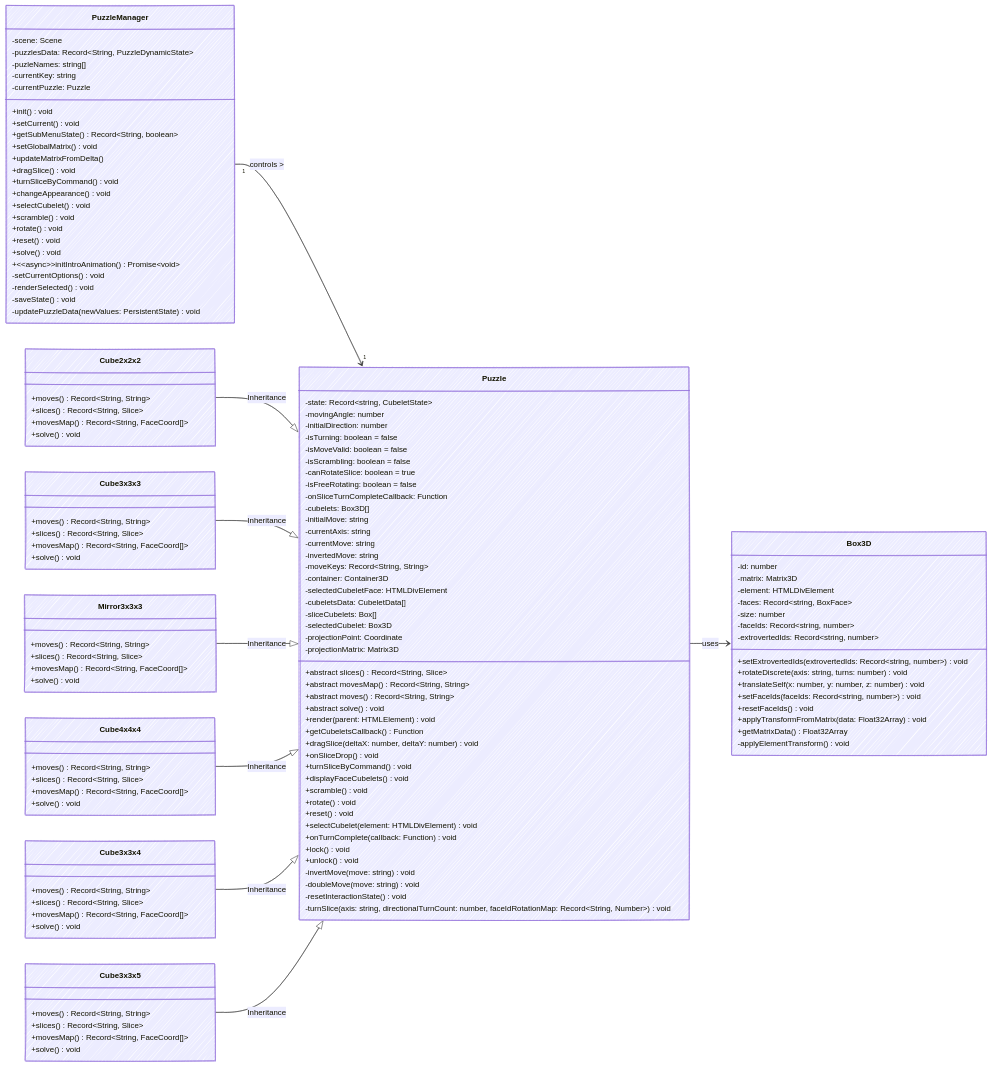
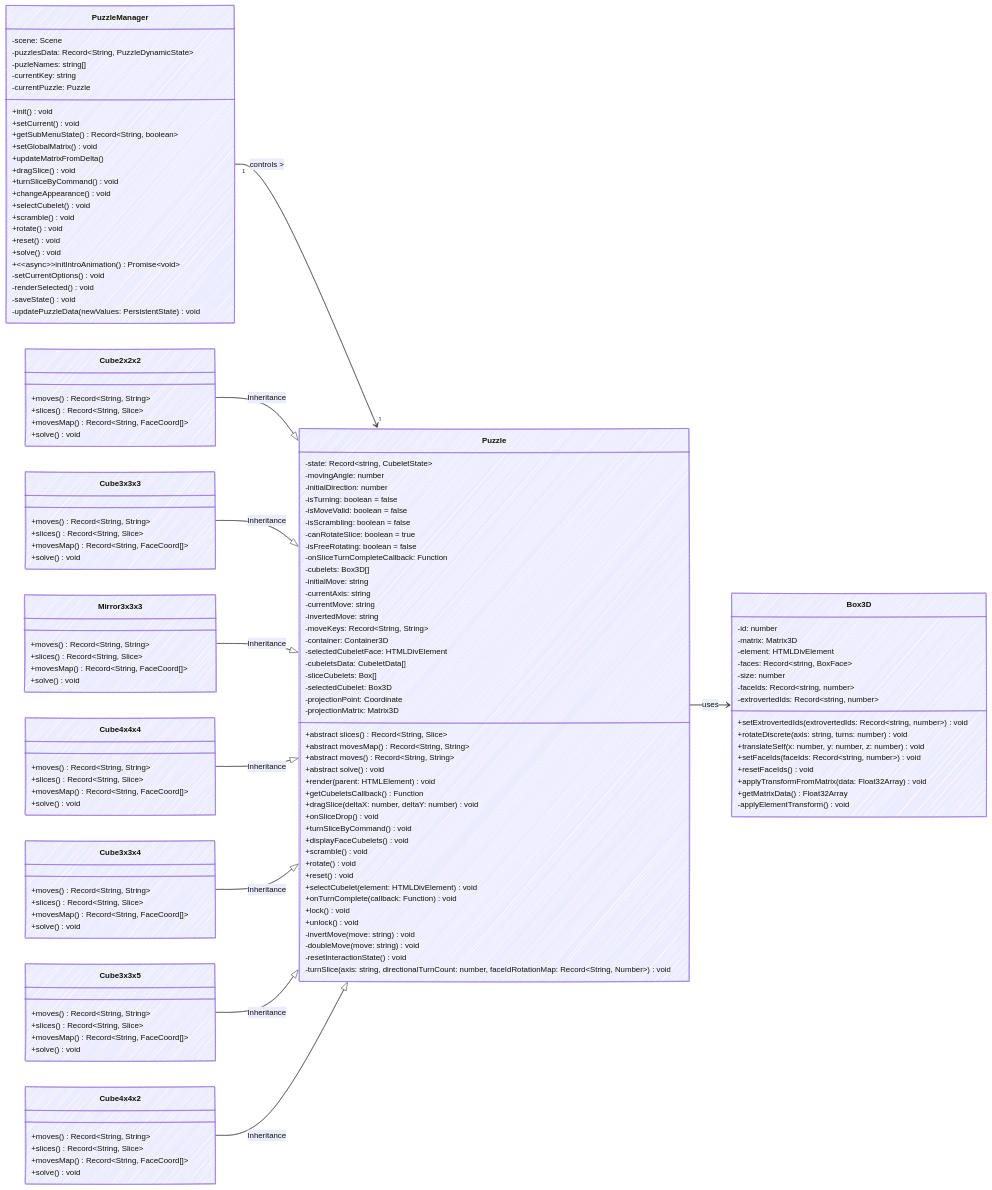
One commit to Jhonyx00/jxrcube changed the second of 2 diagrams in docs/architecture.md. Above: the diagram before and after it, drawn with Mermaid. The commit also changed other lines of this file and 1 other file, not shown here.

Commit message:
docs: update README and Architecture section

```diff
--- a/docs/architecture.md
+++ b/docs/architecture.md
@@ -289,6 +292,13 @@
         +solve() void
     }
 
+    class Cube4x4x2{
+        +moves() Record~String, String~
+        +slices() Record~String, Slice~
+        +movesMap() Record~String, FaceCoord[]~
+        +solve() void
+    }
+
     class PuzzleManager{
         -scene: Scene
         -puzzlesData: Record~String, PuzzleDynamicState~
@@ -323,6 +333,7 @@
     Cube4x4x4 --|> Puzzle : Inheritance
     Cube3x3x4 --|> Puzzle : Inheritance
     Cube3x3x5 --|> Puzzle : Inheritance
+    Cube4x4x2 --|> Puzzle : Inheritance
 
     class Box3D {
         -id: number
```
